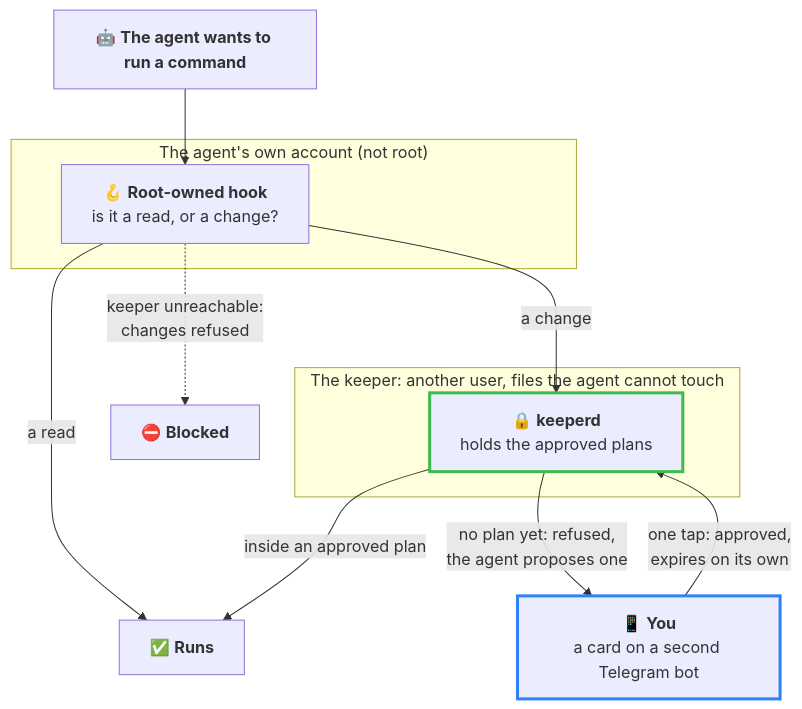
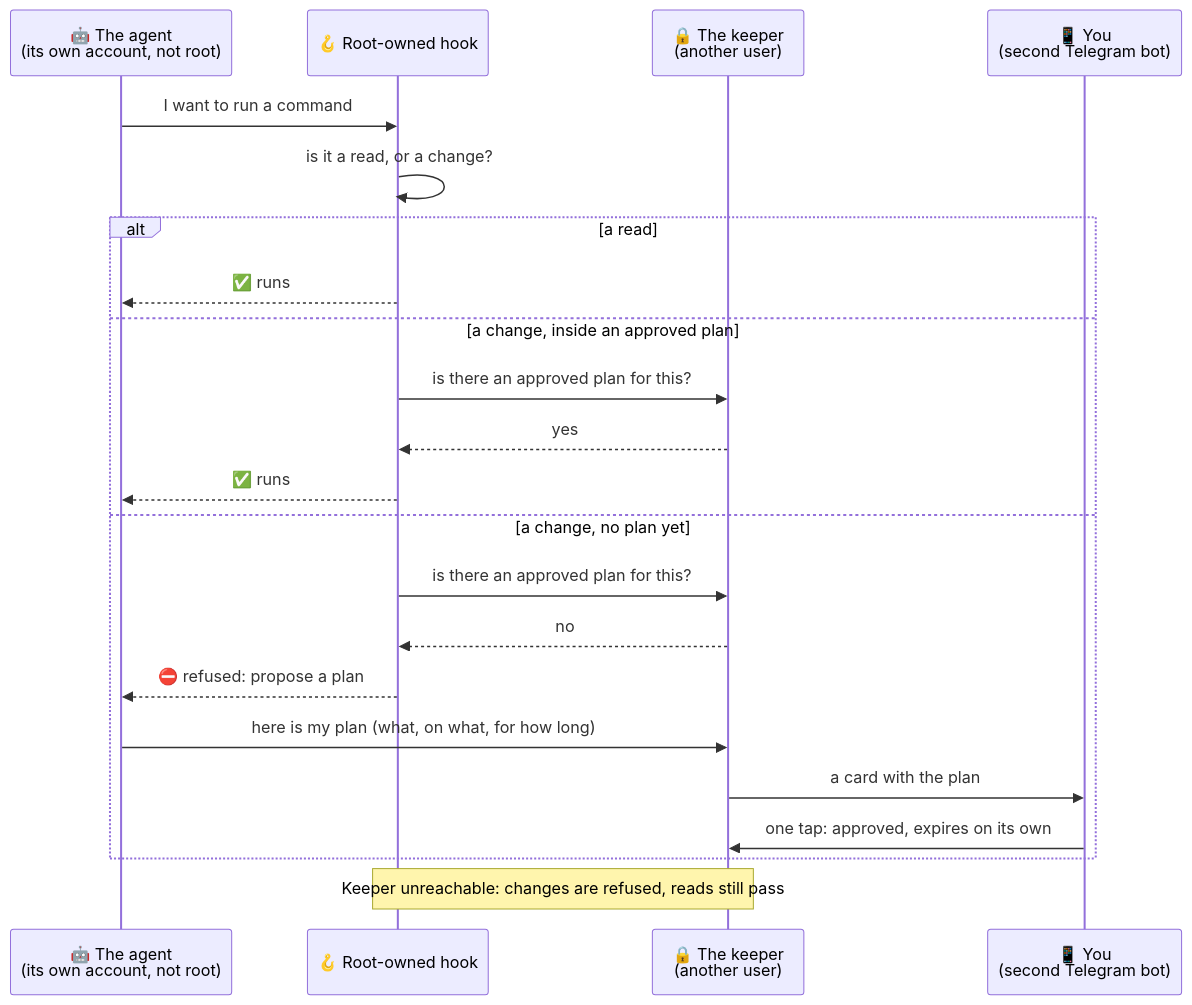
One commit to renocz/agent-ops-guardrails changed the second of 2 diagrams in README.md. Above: the diagram before and after it, drawn with Mermaid. The commit also changed other lines of this file, not shown here.

Commit message:
README: linear method diagram and a sequence diagram for the keeper

Claude-Session: https://claude.ai/code/session_01NqvGhbuXAyuV51AEWxnve1

````diff
--- a/README.md
+++ b/README.md
@@ -38,18 +34,24 @@
 ```mermaid
-flowchart TB
-    T["🤖 <b>The agent wants to run a command</b>"] --> HK
-    subgraph AG["The agent's own account (not root)"]
-        HK["🪝 <b>Root-owned hook</b><br/>is it a read, or a change?"]
+sequenceDiagram
+    participant Ag as 🤖 The agent<br/>(its own account, not root)
+    participant Hk as 🪝 Root-owned hook
+    participant Kp as 🔒 The keeper<br/>(another user)
+    participant Hu as 📱 You<br/>(second Telegram bot)
+    Ag->>Hk: I want to run a command
+    Hk->>Hk: is it a read, or a change?
+    alt a read
+        Hk-->>Ag: ✅ runs
+    else a change, inside an approved plan
+        Hk->>Kp: is there an approved plan for this?
+        Kp-->>Hk: yes
+        Hk-->>Ag: ✅ runs
+    else a change, no plan yet
+        Hk->>Kp: is there an approved plan for this?
+        Kp-->>Hk: no
+        Hk-->>Ag: ⛔ refused: propose a plan
+        Ag->>Kp: here is my plan (what, on what, for how long)
+        Kp->>Hu: a card with the plan
+        Hu->>Kp: one tap: approved, expires on its own
     end
-    HK -->|"a read"| OK["✅ <b>Runs</b>"]
-    HK -->|"a change"| KD
-    subgraph KP["The keeper: another user, files the agent cannot touch"]
-        KD["🔒 <b>keeperd</b><br/>holds the approved plans"]:::guard
-    end
-    KD -->|"inside an approved plan"| OK
-    KD -->|"no plan yet: refused,<br/>the agent proposes one"| HU["📱 <b>You</b><br/>a card on a second Telegram bot"]:::human
-    HU -->|"one tap: approved,<br/>expires on its own"| KD
-    HK -.->|"keeper unreachable:<br/>changes refused"| NO["⛔ <b>Blocked</b>"]
-    classDef human stroke:#2f81f7,stroke-width:3px
-    classDef guard stroke:#3fb950,stroke-width:3px
+    Note over Hk,Kp: Keeper unreachable: changes are refused, reads still pass
 ```
````
